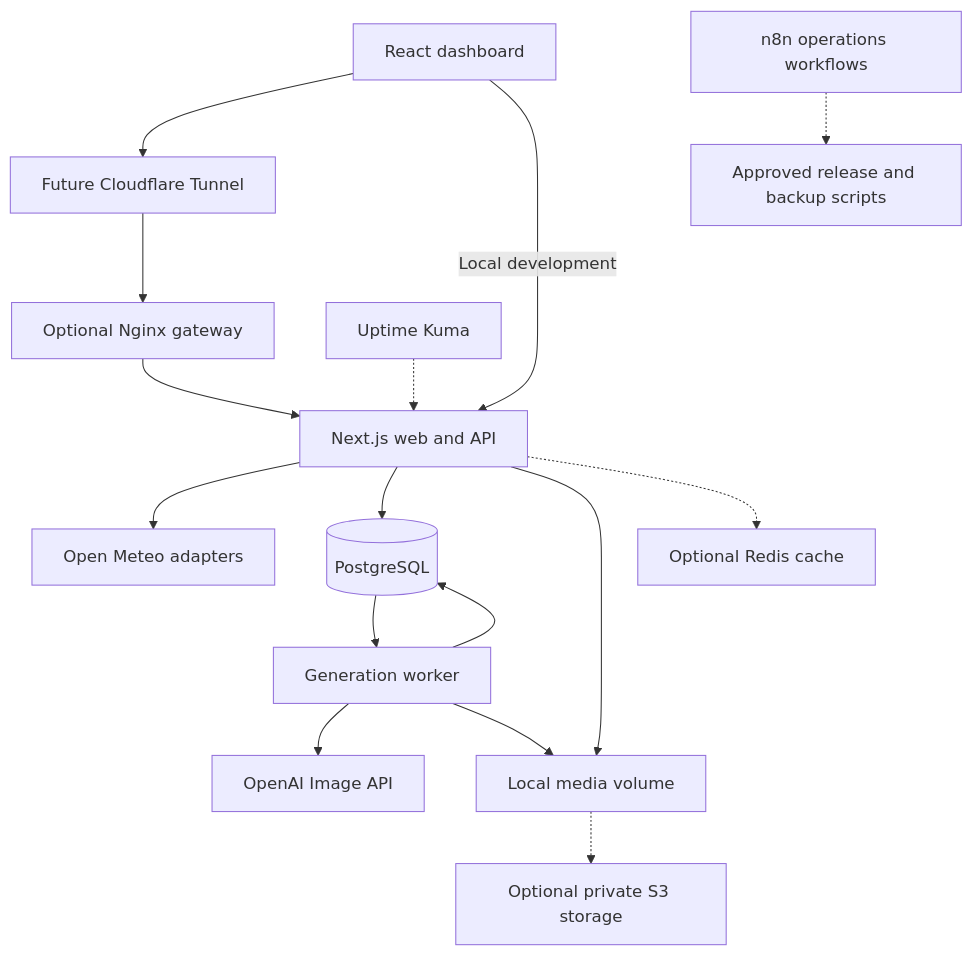
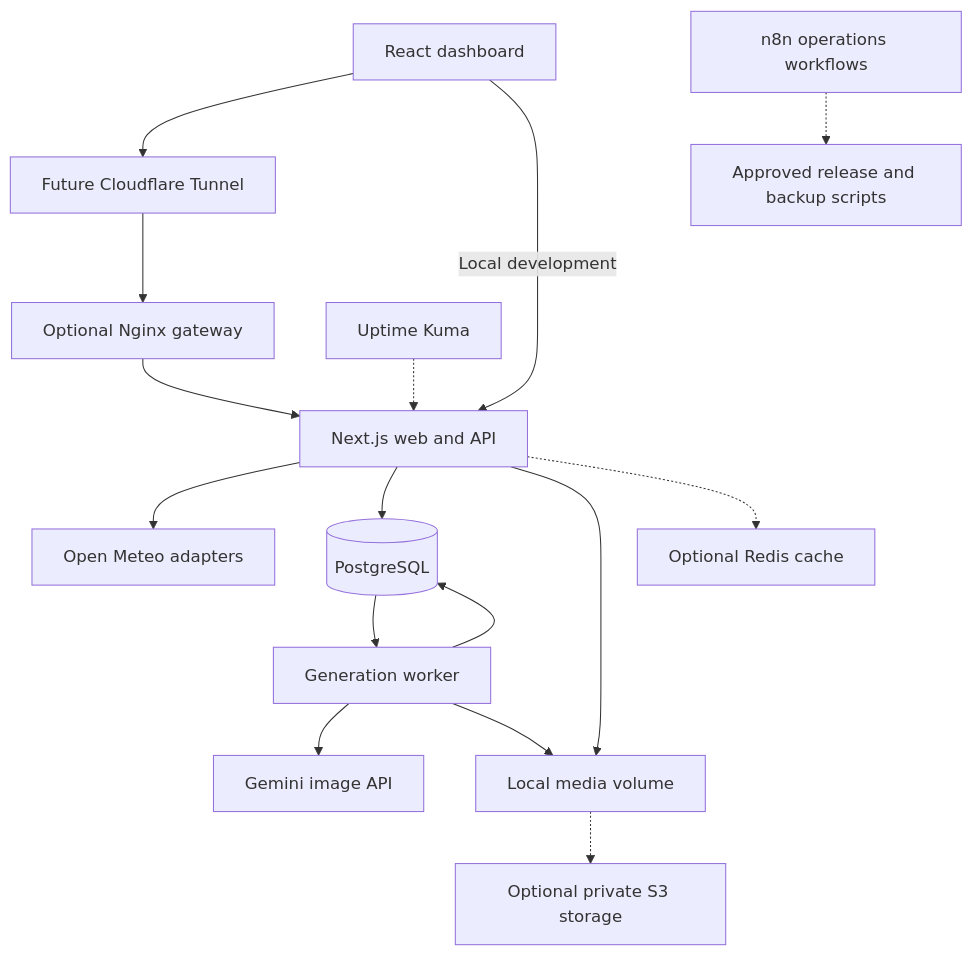
One commit to Gavril242/Togaether-with-Weather changed the diagram in docs/ARCHITECTURE.md. Above: the diagram before and after it, drawn with Mermaid. The commit also changed other lines of this file and 3 other files, not shown here.

````diff
--- a/docs/ARCHITECTURE.md
+++ b/docs/ARCHITECTURE.md
@@ -32,18 +36,18 @@
 ```mermaid
 flowchart TD
     Browser[React dashboard] --> Gateway[Future Cloudflare Tunnel]
     Gateway --> Proxy[Optional Nginx gateway]
     Proxy --> Web[Next.js web and API]
     Browser -->|Local development| Web
     Web --> Weather[Open Meteo adapters]
     Web --> DB[(PostgreSQL)]
     DB --> Worker[Generation worker]
-    Worker --> Images[OpenAI Image API]
+    Worker --> Images[Gemini image API]
     Worker --> Media[Local media volume]
     Worker --> DB
     Web --> Media
     Media -.-> Storage[Optional private S3 storage]
     Web -.-> Cache[Optional Redis cache]
     Monitor[Uptime Kuma] -.-> Web
     Operations[n8n operations workflows] -.-> Releases[Approved release and backup scripts]
 ```
````
